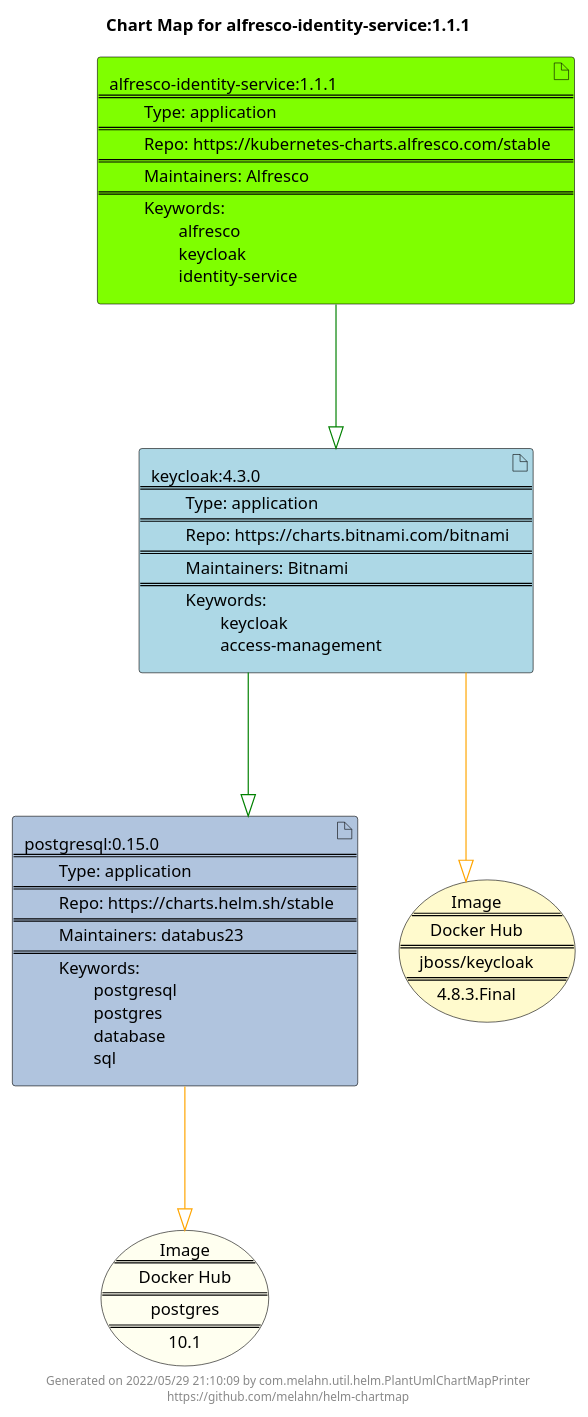
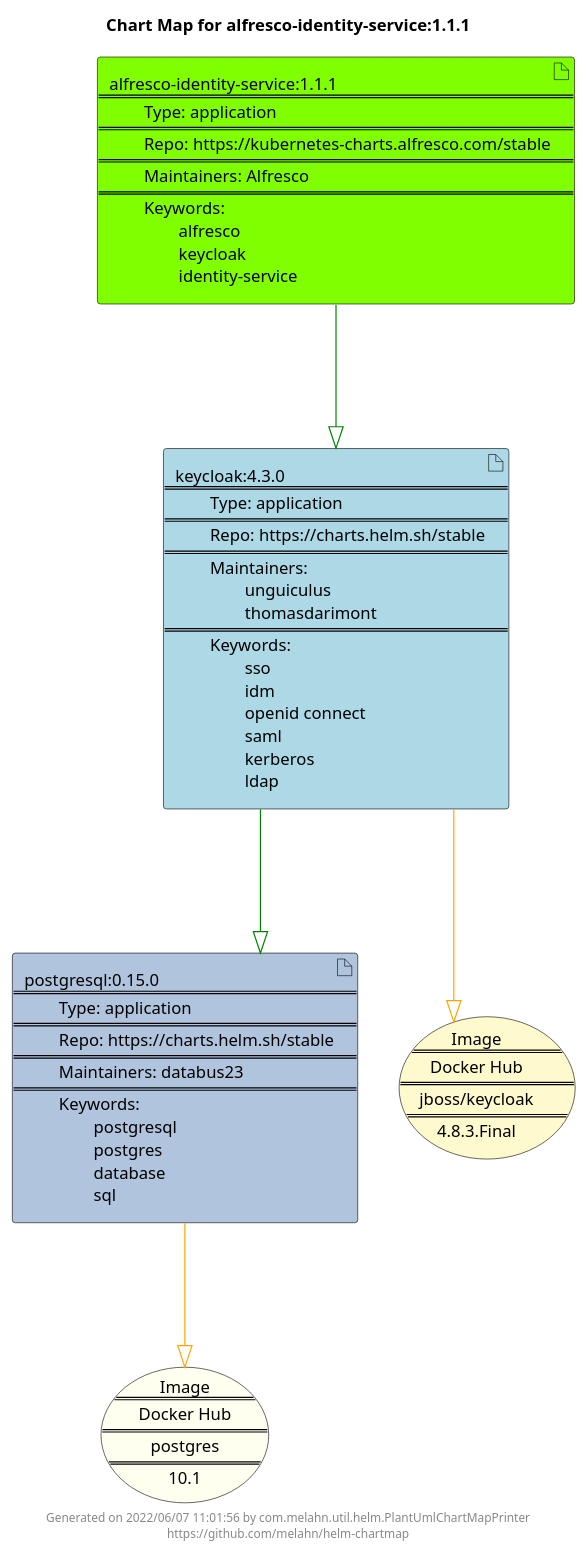
The diagram in docs/alfresco-identity-service/alfresco-identity-service-1.1.1.puml (melahn/helm-chartmap), drawn with PlantUML before and after one commit. The commit also changed 62 other files, not shown here.

Commit message:
Update Example Chart Maps as part of GitHub build

```diff
--- a/docs/alfresco-identity-service/alfresco-identity-service-1.1.1.puml
+++ b/docs/alfresco-identity-service/alfresco-identity-service-1.1.1.puml
@@ -1,27 +1,27 @@
 @startuml
 skinparam linetype ortho
 skinparam backgroundColor white
 skinparam usecaseBorderColor black
 skinparam usecaseArrowColor LightSlateGray
 skinparam artifactBorderColor black
 skinparam artifactArrowColor LightSlateGray
 
 title Chart Map for alfresco-identity-service:1.1.1
 
 'There are 3 referenced Helm Charts
 artifact "postgresql:0.15.0\n====\n\tType: application\n====\n\tRepo: https://charts.helm.sh/stable\n====\n\tMaintainers: databus23\n====\n\tKeywords: \n\t\tpostgresql\n\t\tpostgres\n\t\tdatabase\n\t\tsql" as postgresql_0_15_0 #LightSteelBlue
 artifact "alfresco-identity-service:1.1.1\n====\n\tType: application\n====\n\tRepo: https://kubernetes-charts.alfresco.com/stable\n====\n\tMaintainers: Alfresco\n====\n\tKeywords: \n\t\talfresco\n\t\tkeycloak\n\t\tidentity-service" as alfresco_identity_service_1_1_1 #Chartreuse
-artifact "keycloak:4.3.0\n====\n\tType: application\n====\n\tRepo: https://charts.bitnami.com/bitnami\n====\n\tMaintainers: Bitnami\n====\n\tKeywords: \n\t\tkeycloak\n\t\taccess-management" as keycloak_4_3_0 #LightBlue
+artifact "keycloak:4.3.0\n====\n\tType: application\n====\n\tRepo: https://charts.helm.sh/stable\n====\n\tMaintainers: \n\t\tunguiculus\n\t\tthomasdarimont\n====\n\tKeywords: \n\t\tsso\n\t\tidm\n\t\topenid connect\n\t\tsaml\n\t\tkerberos\n\t\tldap" as keycloak_4_3_0 #LightBlue
 
 'There are 2 referenced Docker Images
 usecase "Image\n====\nDocker Hub\n====\npostgres\n====\n10.1" as postgres_10_1 #Ivory
 usecase "Image\n====\nDocker Hub\n====\njboss/keycloak\n====\n4.8.3.Final" as jboss_keycloak_4_8_3_Final #LemonChiffon
 
 'Chart Dependencies
 alfresco_identity_service_1_1_1--[#green]-|>keycloak_4_3_0
 keycloak_4_3_0--[#green]-|>postgresql_0_15_0
 postgresql_0_15_0--[#orange]-|>postgres_10_1
 keycloak_4_3_0--[#orange]-|>jboss_keycloak_4_8_3_Final
 
-center footer Generated on 2022/05/29 21:10:09 by com.melahn.util.helm.PlantUmlChartMapPrinter\nhttps://github.com/melahn/helm-chartmap
+center footer Generated on 2022/06/07 11:01:56 by com.melahn.util.helm.PlantUmlChartMapPrinter\nhttps://github.com/melahn/helm-chartmap
 @enduml
```
